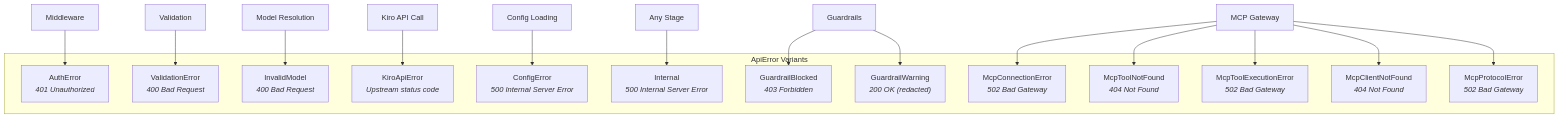
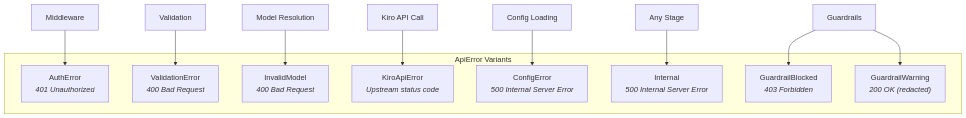
One commit to donbader/rkgw changed the fifth of 5 diagrams in gh-pages/docs/architecture/request-flow.md. Above: the diagram before and after it, drawn with Mermaid. The commit also changed other lines of this file and 66 other files, not shown here.

First line of the commit message:
refactor(mcp): remove MCP registry/gateway feature

````diff
--- a/gh-pages/docs/architecture/request-flow.md
+++ b/gh-pages/docs/architecture/request-flow.md
@@ -387,32 +370,22 @@
 ```mermaid
 flowchart TD
     subgraph Errors["ApiError Variants"]
         AUTH_ERR["AuthError<br/><i>401 Unauthorized</i>"]
         VALID_ERR["ValidationError<br/><i>400 Bad Request</i>"]
         MODEL_ERR["InvalidModel<br/><i>400 Bad Request</i>"]
         KIRO_ERR["KiroApiError<br/><i>Upstream status code</i>"]
         CONFIG_ERR["ConfigError<br/><i>500 Internal Server Error</i>"]
         INTERNAL["Internal<br/><i>500 Internal Server Error</i>"]
         GUARD_BLOCK["GuardrailBlocked<br/><i>403 Forbidden</i>"]
         GUARD_WARN["GuardrailWarning<br/><i>200 OK (redacted)</i>"]
-        MCP_CONN["McpConnectionError<br/><i>502 Bad Gateway</i>"]
-        MCP_TOOL["McpToolNotFound<br/><i>404 Not Found</i>"]
-        MCP_EXEC["McpToolExecutionError<br/><i>502 Bad Gateway</i>"]
-        MCP_CLIENT["McpClientNotFound<br/><i>404 Not Found</i>"]
-        MCP_PROTO["McpProtocolError<br/><i>502 Bad Gateway</i>"]
     end
 
     MW_STAGE["Middleware"] --> AUTH_ERR
     VALIDATE_STAGE["Validation"] --> VALID_ERR
     RESOLVE_STAGE["Model Resolution"] --> MODEL_ERR
     API_STAGE["Kiro API Call"] --> KIRO_ERR
     CONFIG_STAGE["Config Loading"] --> CONFIG_ERR
     ANY_STAGE["Any Stage"] --> INTERNAL
     GUARDRAIL_STAGE["Guardrails"] --> GUARD_BLOCK
     GUARDRAIL_STAGE --> GUARD_WARN
-    MCP_STAGE["MCP Gateway"] --> MCP_CONN
-    MCP_STAGE --> MCP_TOOL
-    MCP_STAGE --> MCP_EXEC
-    MCP_STAGE --> MCP_CLIENT
-    MCP_STAGE --> MCP_PROTO
 ```
````
